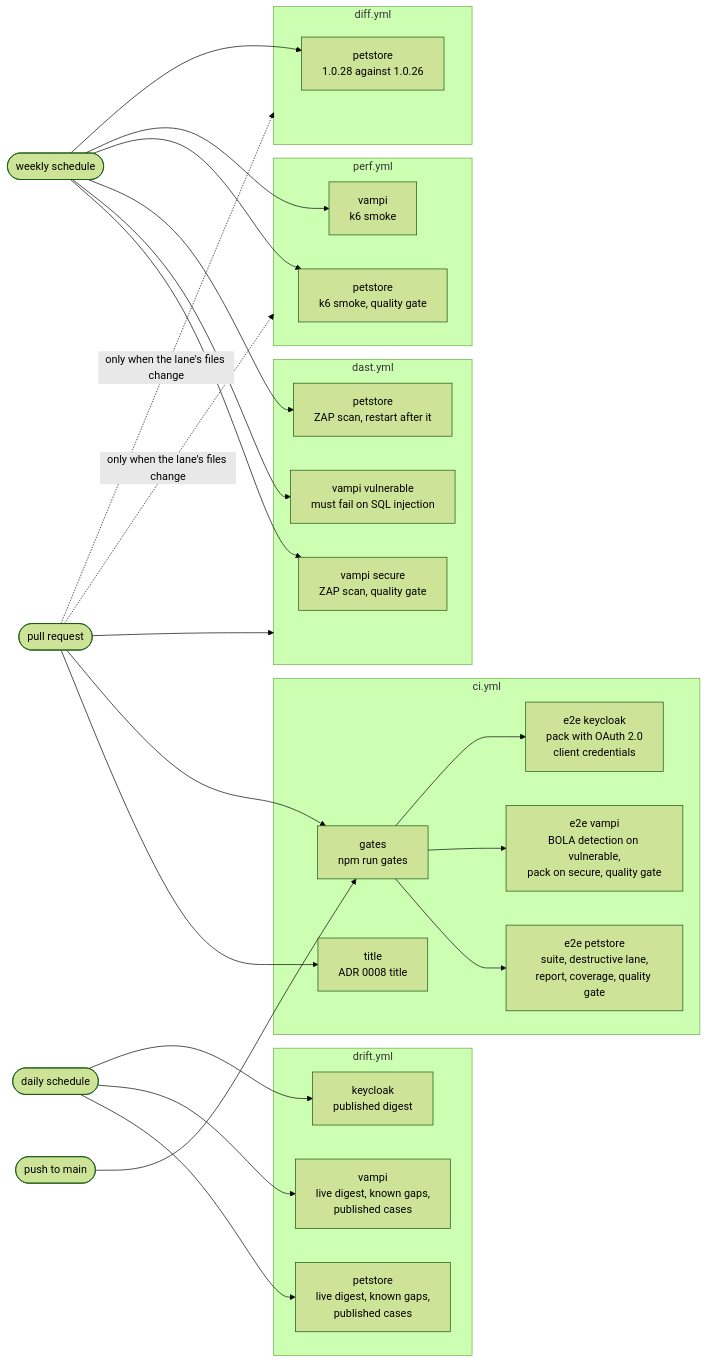
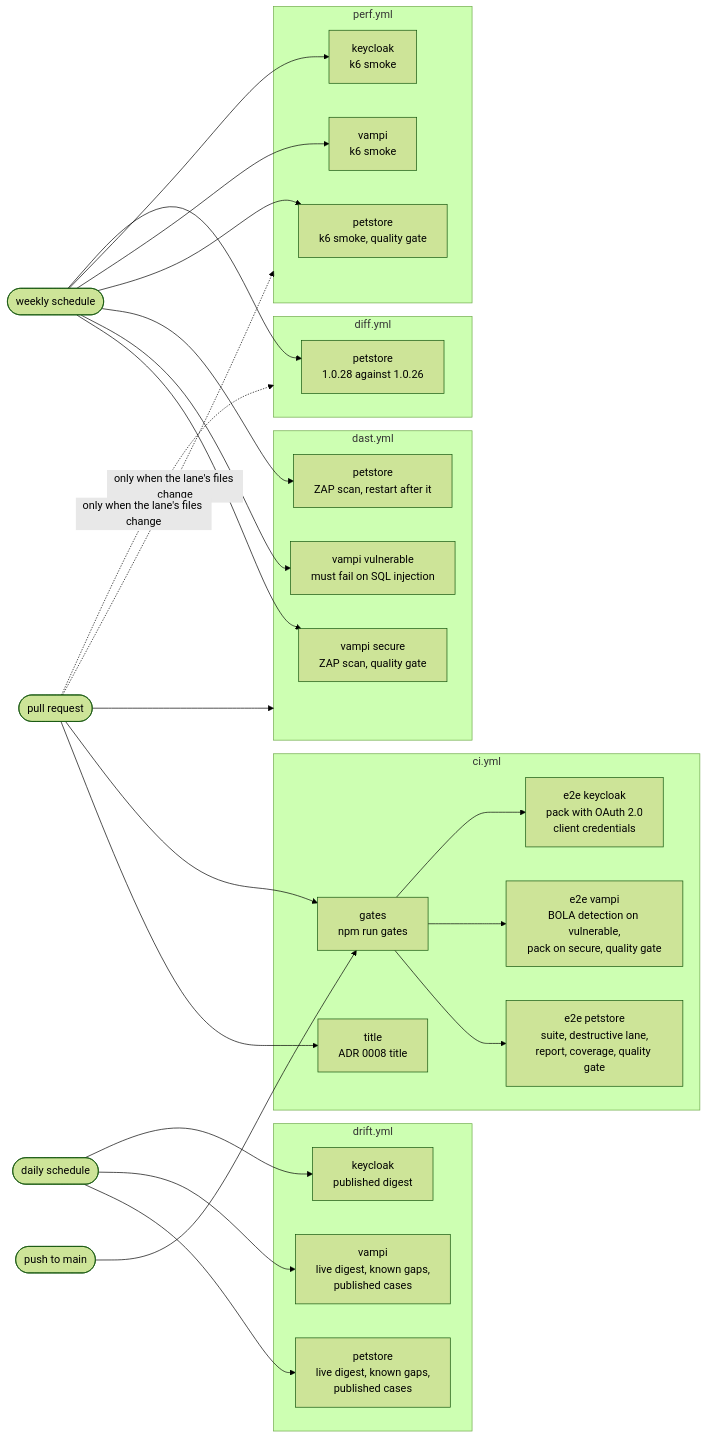
One commit to marceloancieta/api-qa-agentic-framework changed the diagram in docs/ci.md. Above: the diagram before and after it, drawn with Mermaid (forest theme). The commit also changed other lines of this file and 7 other files, not shown here.

First line of the commit message:
ci(perf): GATE-29 run the performance lane on Keycloak too (#108)

````diff
--- a/docs/ci.md
+++ b/docs/ci.md
@@ -27,55 +27,57 @@
 ```mermaid
 flowchart LR
   pr(["pull request"])
   push(["push to main"])
   daily(["daily schedule"])
   weekly(["weekly schedule"])
 
   subgraph ciWf["ci.yml"]
     title["title<br/>ADR 0008 title"]
     gatesJob["gates<br/>npm run gates"]
     e2e["e2e petstore<br/>suite, destructive lane,<br/>report, coverage, quality gate"]
     e2eVampi["e2e vampi<br/>BOLA detection on vulnerable,<br/>pack on secure, quality gate"]
     e2eKeycloak["e2e keycloak<br/>pack with OAuth 2.0<br/>client credentials"]
     gatesJob --> e2e
     gatesJob --> e2eVampi
     gatesJob --> e2eKeycloak
   end
 
   subgraph driftWf["drift.yml"]
     drift["petstore<br/>live digest, known gaps,<br/>published cases"]
     driftVampi["vampi<br/>live digest, known gaps,<br/>published cases"]
     driftKeycloak["keycloak<br/>published digest"]
   end
 
   subgraph dastWf["dast.yml"]
     dastSecure["vampi secure<br/>ZAP scan, quality gate"]
     dastVuln["vampi vulnerable<br/>must fail on SQL injection"]
     dastPet["petstore<br/>ZAP scan, restart after it"]
   end
 
   subgraph perfWf["perf.yml"]
     perfPet["petstore<br/>k6 smoke, quality gate"]
     perfVampi["vampi<br/>k6 smoke"]
+    perfKeycloak["keycloak<br/>k6 smoke"]
   end
 
   subgraph diffWf["diff.yml"]
     diffPet["petstore<br/>1.0.28 against 1.0.26"]
   end
 
   pr --> title
   pr --> gatesJob
   push --> gatesJob
   daily --> drift
   daily --> driftVampi
   daily --> driftKeycloak
   weekly --> dastSecure
   weekly --> dastVuln
   weekly --> dastPet
   weekly --> perfPet
   weekly --> perfVampi
+  weekly --> perfKeycloak
   weekly --> diffPet
   pr --> dastWf
   pr -.->|"only when the lane's files change"| perfWf
   pr -.->|"only when the lane's files change"| diffWf
 ```
````
